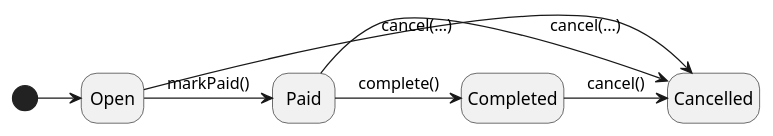
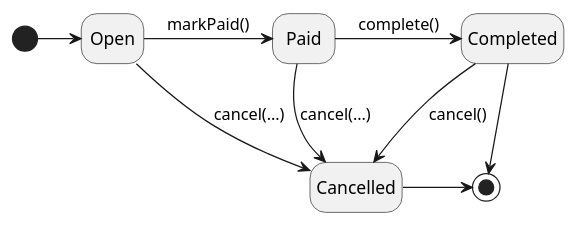
One commit to st-tu-dresden/salespoint changed the second of 4 diagrams in src/main/asciidoc/salespoint-reference.adoc. Above: the diagram before and after it, drawn with PlantUML. The commit also changed other lines of this file, not shown here.

```diff
--- a/src/main/asciidoc/salespoint-reference.adoc
+++ b/src/main/asciidoc/salespoint-reference.adoc
@@ -382,10 +381,13 @@
 [plantuml, order-lifecycle, svg]
 ....
 hide empty description
+
 [*] -> Open
 Open -> Paid : markPaid()
 Open -> Cancelled : cancel(…)
 Paid -> Cancelled : cancel(…)
 Paid -> Completed : complete()
-Completed -> Cancelled : cancel()
+Completed --> Cancelled : cancel()
+Cancelled -right-> [*]
+Completed --> [*]
 ....
```
